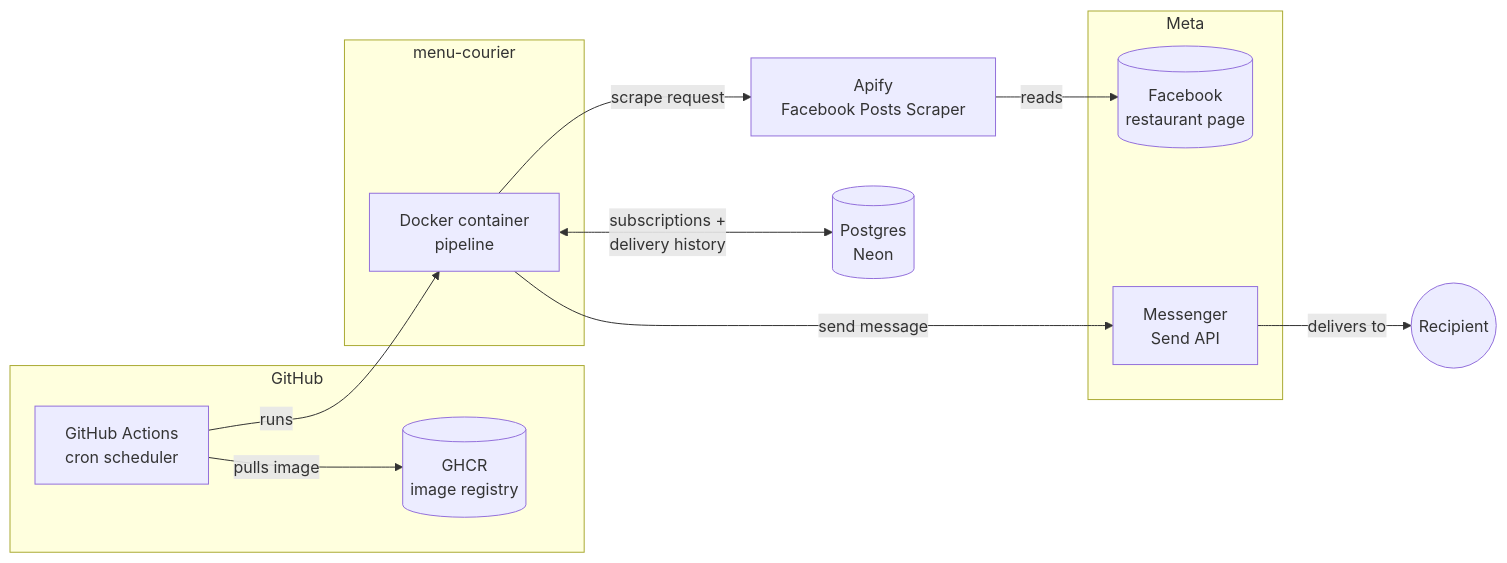
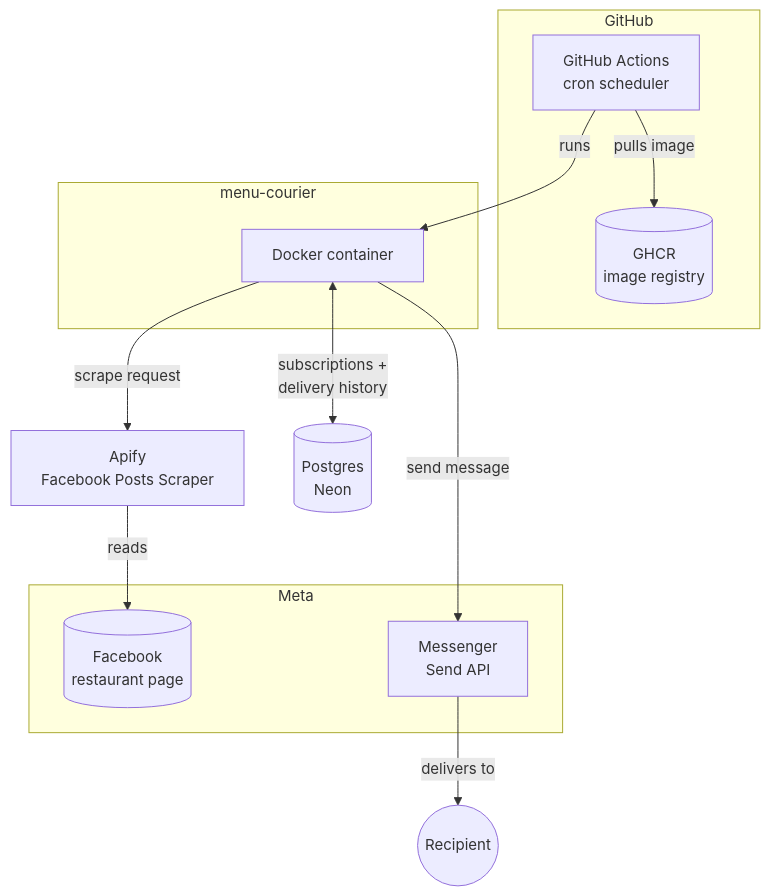
One commit to terleckimaciej/menu-courier changed the diagram in README.md. Above: the diagram before and after it, drawn with Mermaid. The commit also changed other lines of this file, not shown here.

Commit message:
docs: adjust mermaid and readme (#24)

````diff
--- a/README.md
+++ b/README.md
@@ -23,28 +23,29 @@
 ```mermaid
-flowchart LR
+%%{init: {'themeVariables': {'fontSize': '15px'}}}%%
+flowchart TB
     subgraph gh[GitHub]
         Actions[GitHub Actions<br/>cron scheduler]
         Registry[(GHCR<br/>image registry)]
     end
 
     subgraph app[menu-courier]
-        Container[Docker container<br/>pipeline]
+        Container[Docker container]
     end
 
     subgraph meta[Meta]
         FB[(Facebook<br/>restaurant page)]
         MSG[Messenger<br/>Send API]
     end
 
     Apify[Apify<br/>Facebook Posts Scraper]
     DB[(Postgres<br/>Neon)]
     User((Recipient))
 
     Actions -->|pulls image| Registry
     Actions -->|runs| Container
     Container -->|scrape request| Apify
     Apify -->|reads| FB
     Container <-->|subscriptions +<br/>delivery history| DB
     Container -->|send message| MSG
     MSG -->|delivers to| User
 ```
````
